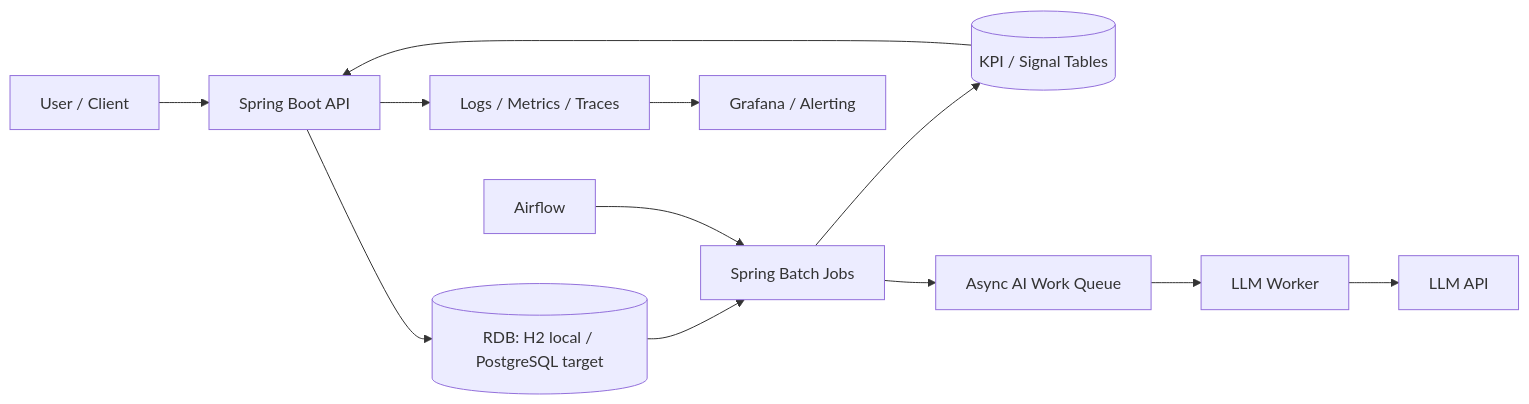
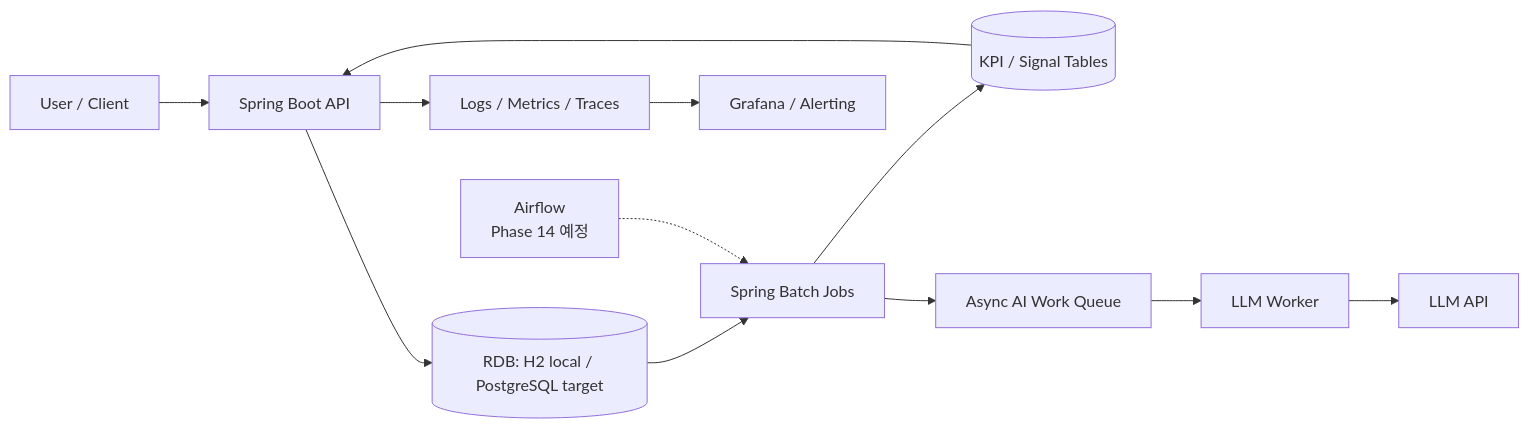
Before and after one commit to Scriptorium-Bright/focus-keeper-backend: the diagram in docs/ARCHITECTURE_OVERVIEW.md, drawn with Mermaid. The commit also changed other lines of this file and 12 other files, not shown here.

````diff
--- a/docs/ARCHITECTURE_OVERVIEW.md
+++ b/docs/ARCHITECTURE_OVERVIEW.md
@@ -27,14 +27,14 @@
 ```mermaid
 flowchart LR
   U[User / Client] --> API[Spring Boot API]
   API --> DB[(RDB: H2 local / PostgreSQL target)]
   API --> OBS[Logs / Metrics / Traces]
   DB --> BATCH[Spring Batch Jobs]
   BATCH --> MART[(KPI / Signal Tables)]
-  AF[Airflow] --> BATCH
+  AF[Airflow<br/>Phase 14 예정] -.-> BATCH
   MART --> API
   BATCH --> AIQ[Async AI Work Queue]
   AIQ --> AI[LLM Worker]
   AI --> LLM[LLM API]
   OBS --> GRAF[Grafana / Alerting]
 ```
````
